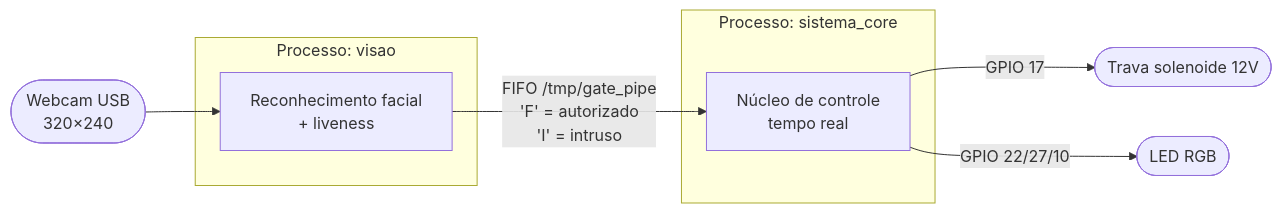
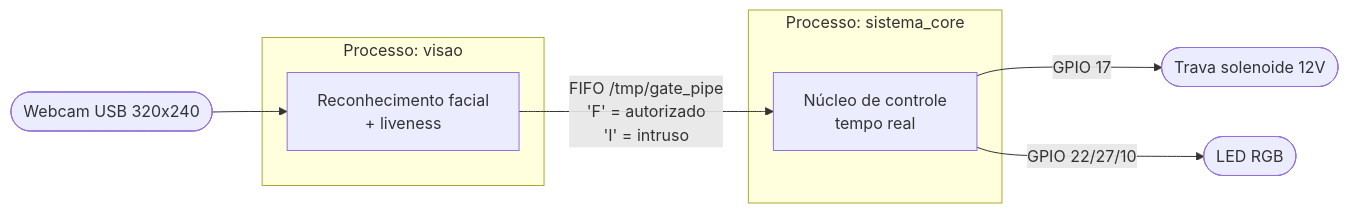
Before and after one commit to FuyteaorUnB/SOE-2026.1: the diagram in README.md, drawn with Mermaid. The commit also changed other lines of this file, not shown here.

````diff
--- a/README.md
+++ b/README.md
@@ -61,16 +61,16 @@
 ```mermaid
 flowchart LR
-    CAM([Webcam USB<br/>320×240]) --> VISAO
+    CAM([Webcam USB 320x240]) --> VISAO
 
     subgraph P1 [Processo: visao]
         VISAO[Reconhecimento facial<br/>+ liveness]
     end
 
     subgraph P2 [Processo: sistema_core]
         CORE[Núcleo de controle<br/>tempo real]
     end
 
     VISAO -- "FIFO /tmp/gate_pipe<br/>'F' = autorizado<br/>'I' = intruso" --> CORE
     CORE -- GPIO 17 --> TRAVA([Trava solenoide 12V])
     CORE -- GPIO 22/27/10 --> LED([LED RGB])
 ```
````
